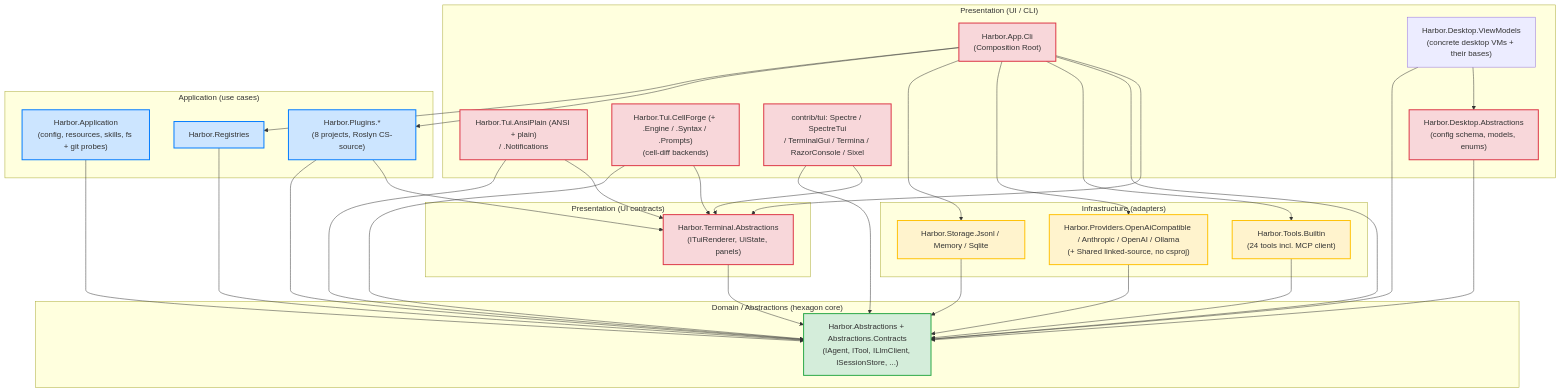
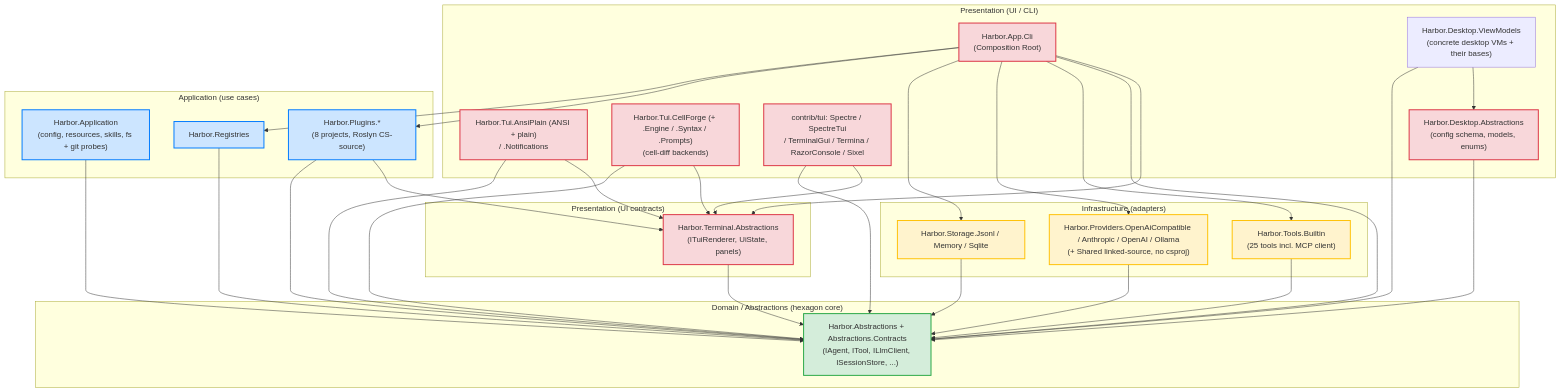
Before and after one commit to refusedguy/Harbor-Harness: the diagram in docs/ARCHITECTURE_LAYERS.md, drawn with Mermaid. The commit also changed other lines of this file and 44 other files, not shown here.

````diff
--- a/docs/ARCHITECTURE_LAYERS.md
+++ b/docs/ARCHITECTURE_LAYERS.md
@@ -366,71 +366,71 @@
 ```mermaid
 flowchart TB
     subgraph Pres["Presentation (UI / CLI)"]
         Cli["Harbor.App.Cli<br/>(Composition Root)"]
         TuiAnsi["Harbor.Tui.AnsiPlain (ANSI + plain)<br/>/ .Notifications"]
         TuiConsoleEx["Harbor.Tui.CellForge (+ .Engine / .Syntax / .Prompts)<br/>(cell-diff backends)"]
         TuiContrib["contrib/tui: Spectre / SpectreTui<br/>/ TerminalGui / Termina / RazorConsole / Sixel"]
         DesktopAbs["Harbor.Desktop.Abstractions<br/>(config schema, models, enums)"]
         DesktopVms["Harbor.Desktop.ViewModels<br/>(concrete desktop VMs + their bases)"]
     end
 
     subgraph App["Application (use cases)"]
         AppLayer["Harbor.Application<br/>(config, resources, skills, fs + git probes)"]
         Core["Harbor.Registries"]
         Plugins["Harbor.Plugins.*<br/>(8 projects, Roslyn CS-source)"]
     end
 
     subgraph Infra["Infrastructure (adapters)"]
         Storage["Harbor.Storage.Jsonl / Memory / Sqlite"]
         Providers["Harbor.Providers.OpenAiCompatible / Anthropic / OpenAI / Ollama<br/>(+ Shared linked-source, no csproj)"]
-        Tools["Harbor.Tools.Builtin<br/>(24 tools incl. MCP client)"]
+        Tools["Harbor.Tools.Builtin<br/>(25 tools incl. MCP client)"]
     end
 
     subgraph Domain["Domain / Abstractions (hexagon core)"]
         Abs["Harbor.Abstractions + Abstractions.Contracts<br/>(IAgent, ITool, ILlmClient, ISessionStore, ...)"]
     end
 
     subgraph UiPres["Presentation (UI contracts)"]
         TuiAbs["Harbor.Terminal.Abstractions<br/>(ITuiRenderer, UiState, panels)"]
     end
 
     Cli --> Core
     Cli --> Plugins
     Cli --> Storage
     Cli --> Providers
     Cli --> Tools
     Cli --> Abs
     Cli --> TuiAbs
 
     DesktopAbs --> Abs
     DesktopVms --> Abs
     DesktopVms --> DesktopAbs
 
     TuiAnsi --> Abs
     TuiAnsi --> TuiAbs
     TuiConsoleEx --> Abs
     TuiConsoleEx --> TuiAbs
     TuiContrib --> Abs
     TuiContrib --> TuiAbs
 
     AppLayer --> Abs
     Core --> Abs
     Plugins --> Abs
     Plugins --> TuiAbs
 
     Storage --> Abs
     Providers --> Abs
     Tools --> Abs
 
     TuiAbs --> Abs
 
     classDef domain fill:#d4edda,stroke:#28a745,stroke-width:2px
     classDef app fill:#cce5ff,stroke:#007bff,stroke-width:2px
     classDef infra fill:#fff3cd,stroke:#ffc107,stroke-width:2px
     classDef pres fill:#f8d7da,stroke:#dc3545,stroke-width:2px
 
     class Abs domain
     class AppLayer,Core,Plugins app
     class Storage,Providers,Tools infra
     class Cli,TuiAnsi,TuiConsoleEx,TuiContrib,DesktopAbs,TuiAbs pres
 ```
````
